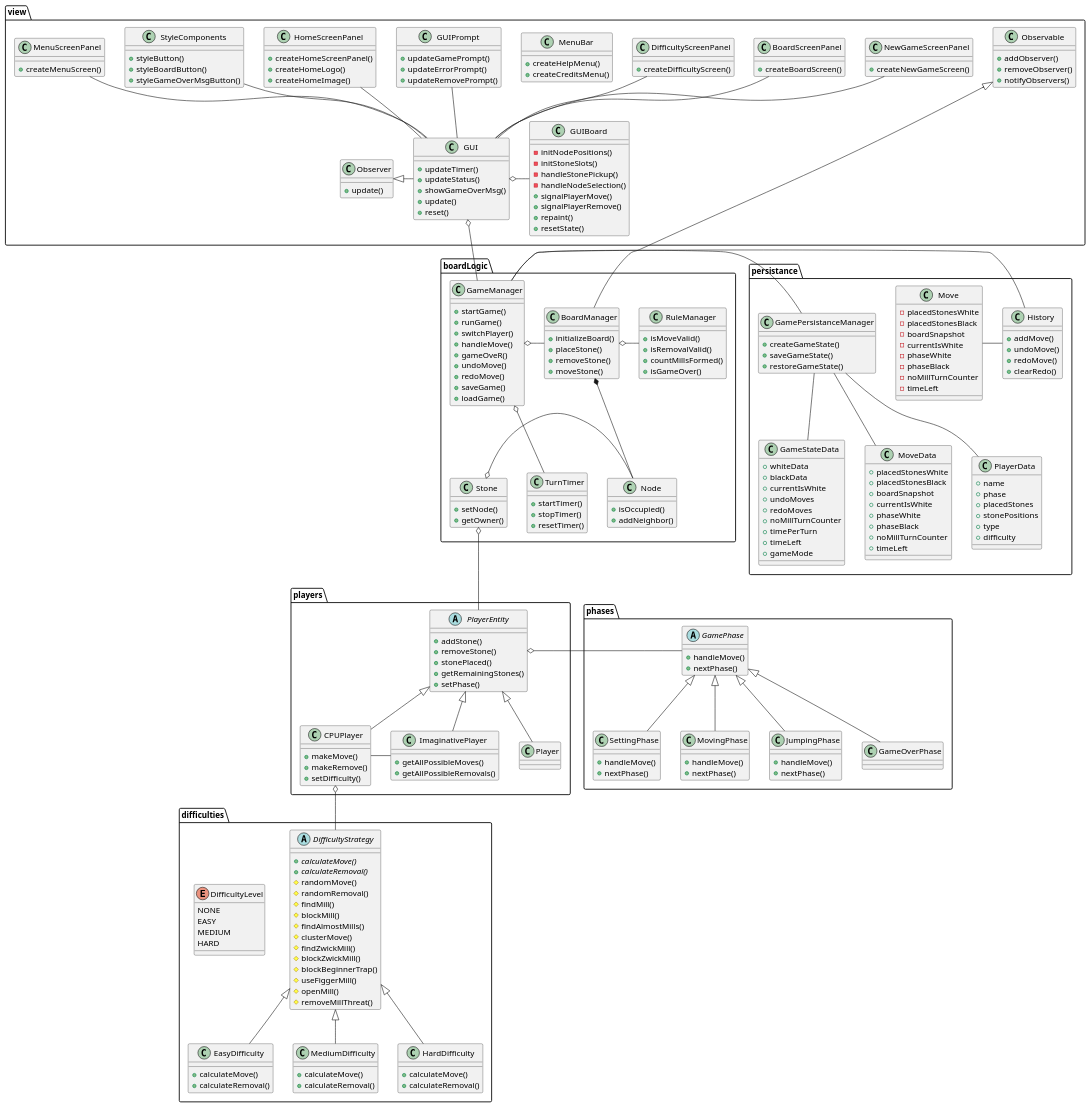
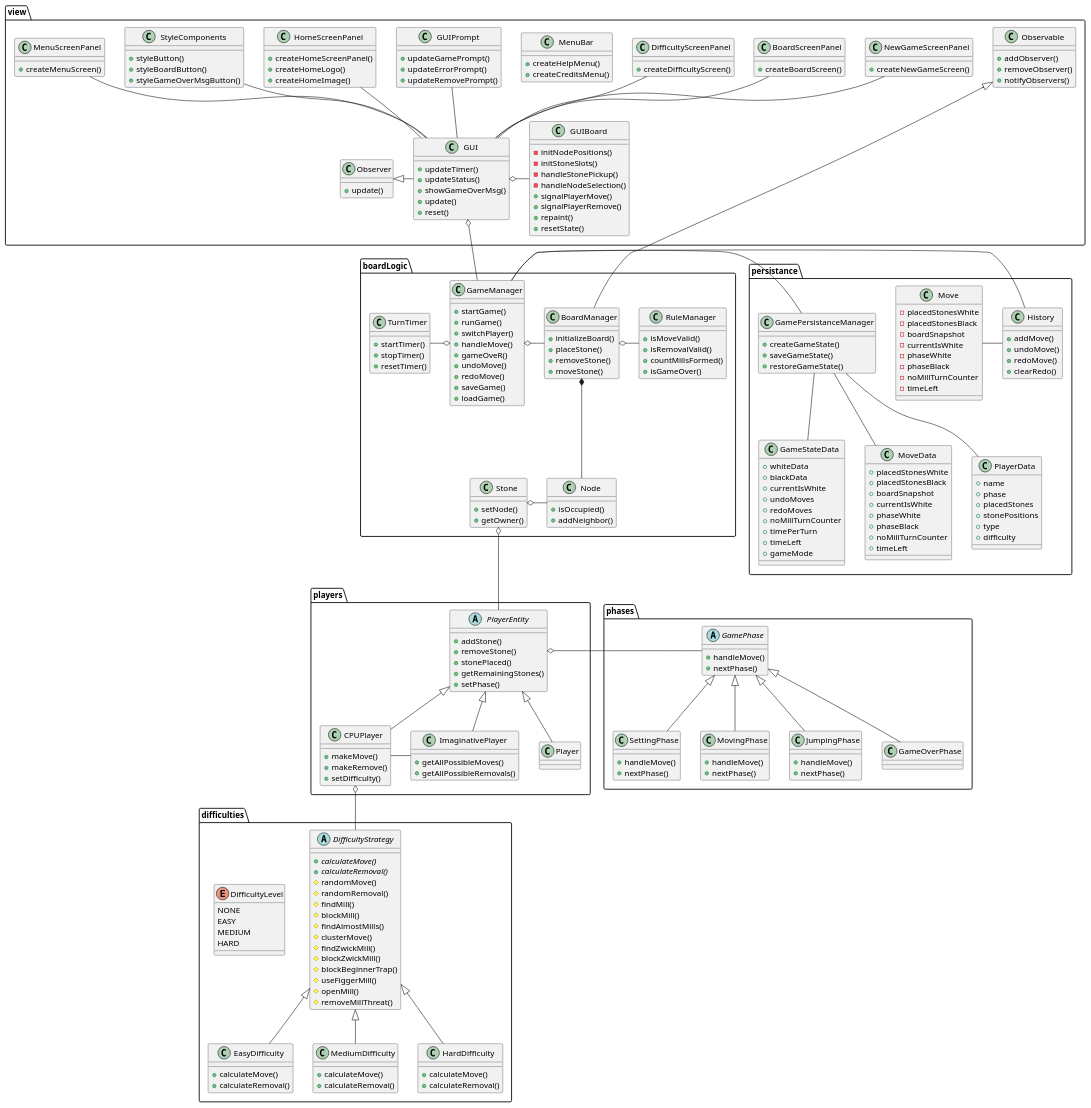
Before and after one commit to RyanMikus/muehlespiel_java_fs25: the diagram in Diagrams/ClassdiagrammV3.puml, drawn with PlantUML.

```diff
--- a/Diagrams/ClassdiagrammV3.puml
+++ b/Diagrams/ClassdiagrammV3.puml
@@ -271,7 +271,7 @@
 + styleGameOverMsgButton()
 }
 
-boardLogic.GameManager o-- boardLogic.TurnTimer
+boardLogic.TurnTimer -o boardLogic.GameManager
 boardLogic.GameManager o- boardLogic.BoardManager
 
 phases.GamePhase <|-- phases.SettingPhase
```
